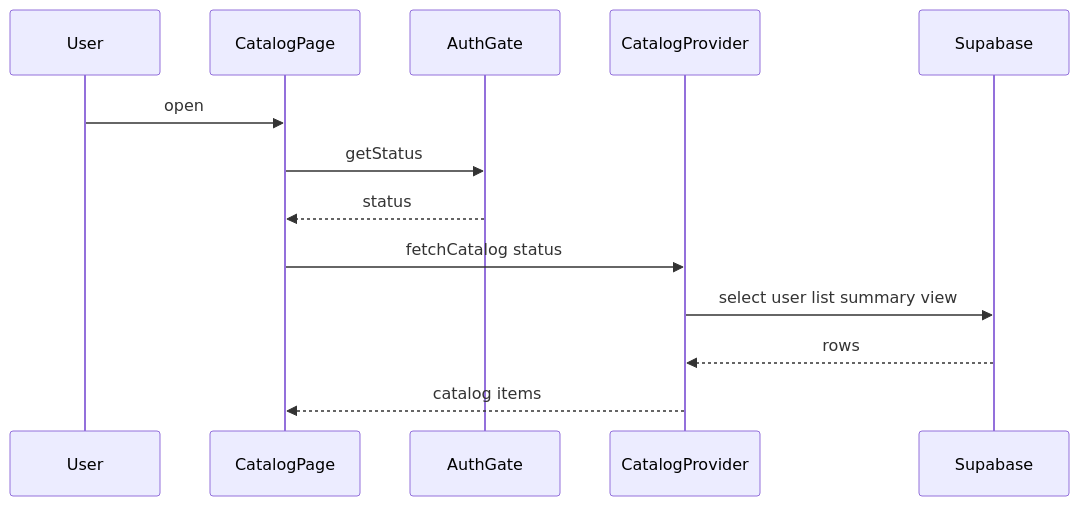
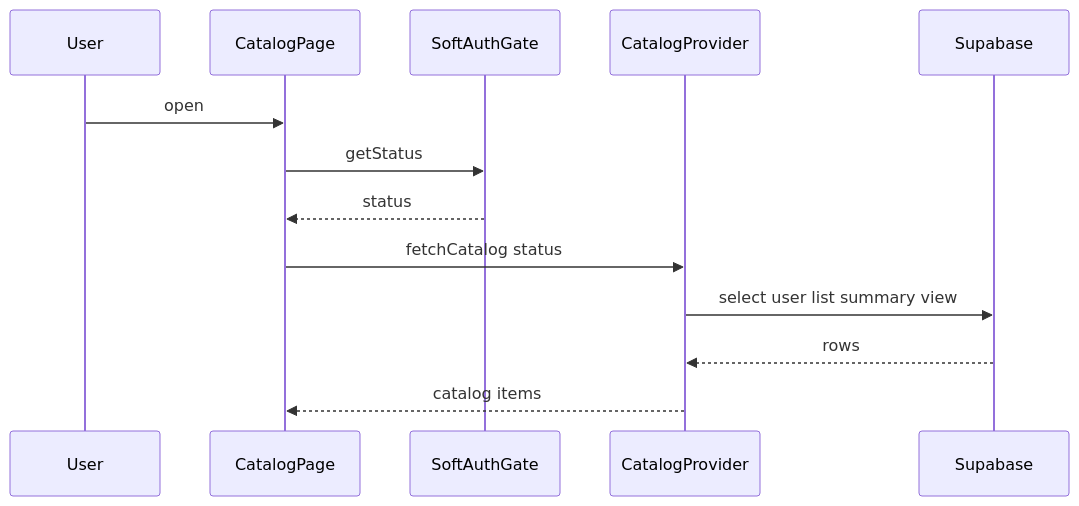
One commit to arinko39140/mangadouga changed the second of 4 diagrams in .kiro/specs/oshi-list-favorites-registered-only/design.md. Above: the diagram before and after it, drawn with Mermaid. The commit also changed other lines of this file, not shown here.

Commit message:
Adjust auth flow for public pages

````diff
--- a/.kiro/specs/oshi-list-favorites-registered-only/design.md
+++ b/.kiro/specs/oshi-list-favorites-registered-only/design.md
@@ -107,15 +108,15 @@
 ```mermaid
 sequenceDiagram
   participant User
   participant CatalogPage
-  participant AuthGate
+  participant SoftAuthGate
   participant CatalogProvider
   participant Supabase
   User ->> CatalogPage: open
-  CatalogPage ->> AuthGate: getStatus
-  AuthGate -->> CatalogPage: status
+  CatalogPage ->> SoftAuthGate: getStatus
+  SoftAuthGate -->> CatalogPage: status
   CatalogPage ->> CatalogProvider: fetchCatalog status
   CatalogProvider ->> Supabase: select user list summary view
   Supabase -->> CatalogProvider: rows
   CatalogProvider -->> CatalogPage: catalog items
 ```
````
